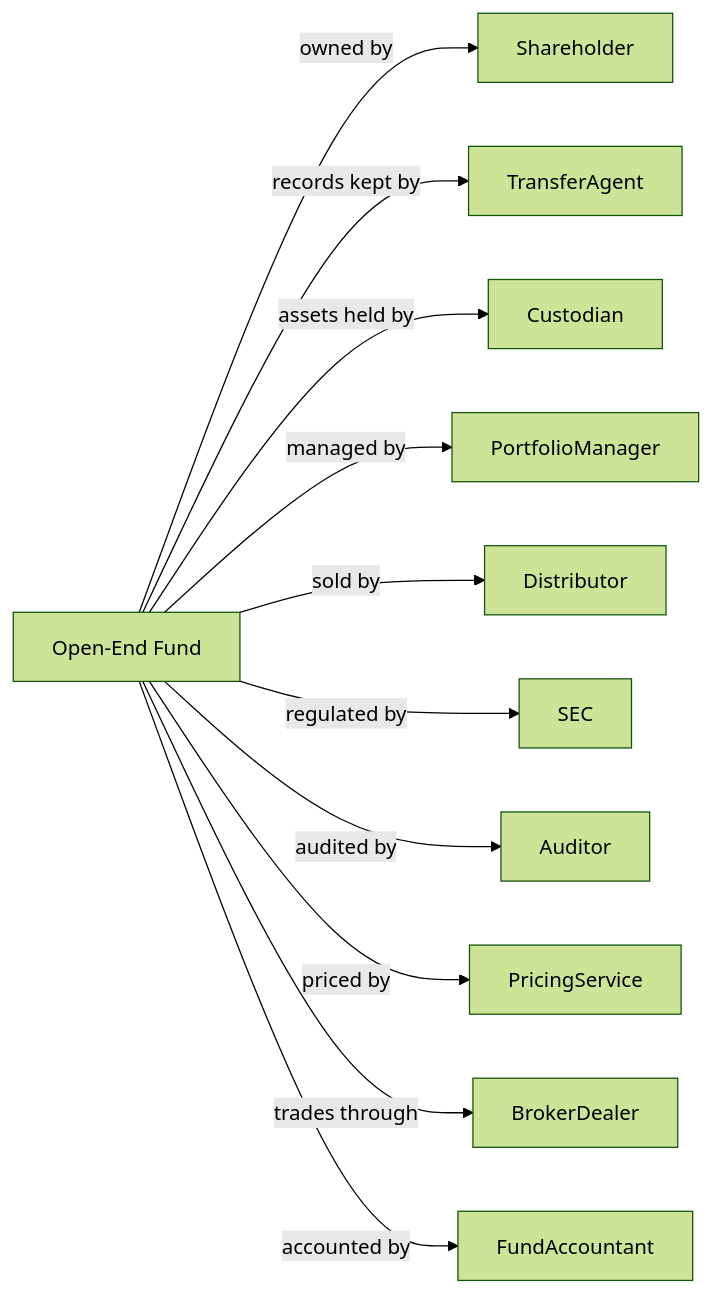
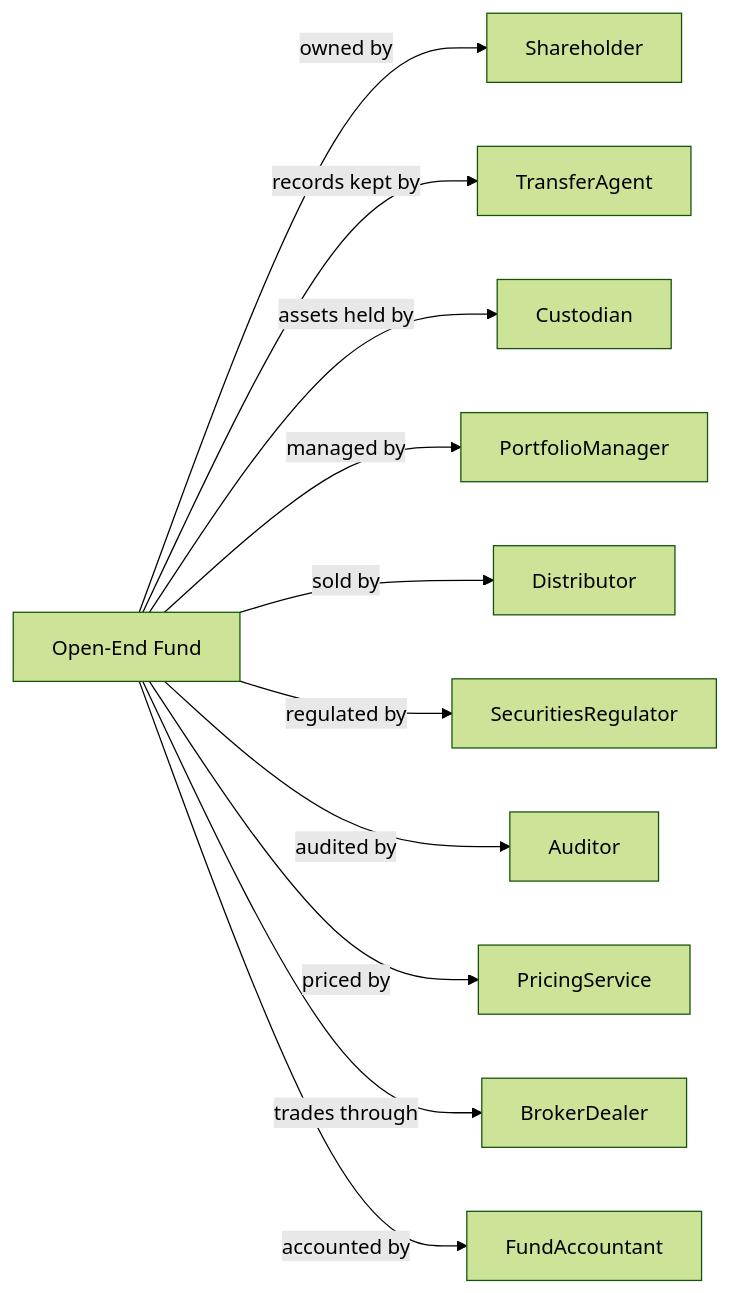
One commit to dot-org-ai/industries.org.ai changed the second of 2 diagrams in Finance/FundsTrustsAndOtherFinancialVehicles/OtherInvestmentPoolsAndFunds/OpenEndInvestmentFunds.mdx. Above: the diagram before and after it, drawn with Mermaid (forest theme). The commit also changed other lines of this file and 639 other files, not shown here.

````diff
--- a/Finance/FundsTrustsAndOtherFinancialVehicles/OtherInvestmentPoolsAndFunds/OpenEndInvestmentFunds.mdx
+++ b/Finance/FundsTrustsAndOtherFinancialVehicles/OtherInvestmentPoolsAndFunds/OpenEndInvestmentFunds.mdx
@@ -132,15 +132,15 @@
 ```mermaid
 graph LR
     Fund[Open-End Fund]
 
     Fund -->|owned by| Shareholder
     Fund -->|records kept by| TransferAgent
     Fund -->|assets held by| Custodian
     Fund -->|managed by| PortfolioManager
     Fund -->|sold by| Distributor
-    Fund -->|regulated by| SEC
+    Fund -->|regulated by| SecuritiesRegulator
     Fund -->|audited by| Auditor
     Fund -->|priced by| PricingService
     Fund -->|trades through| BrokerDealer
     Fund -->|accounted by| FundAccountant
 ```
````
